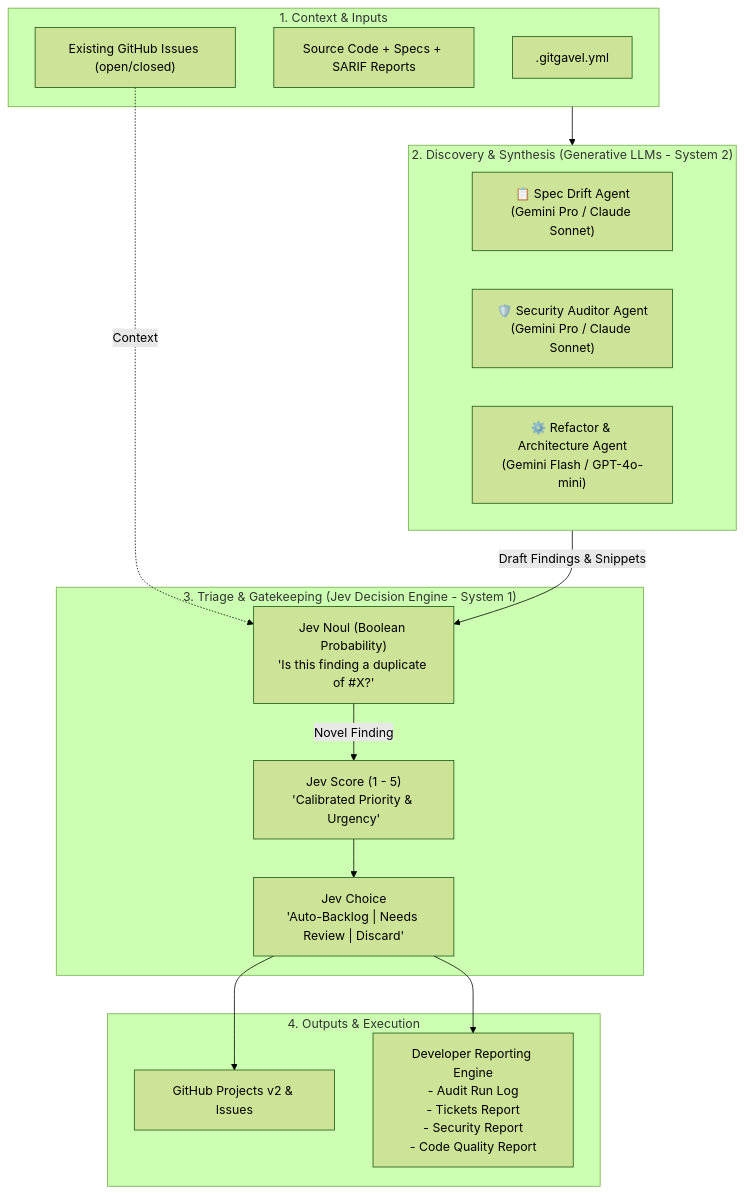
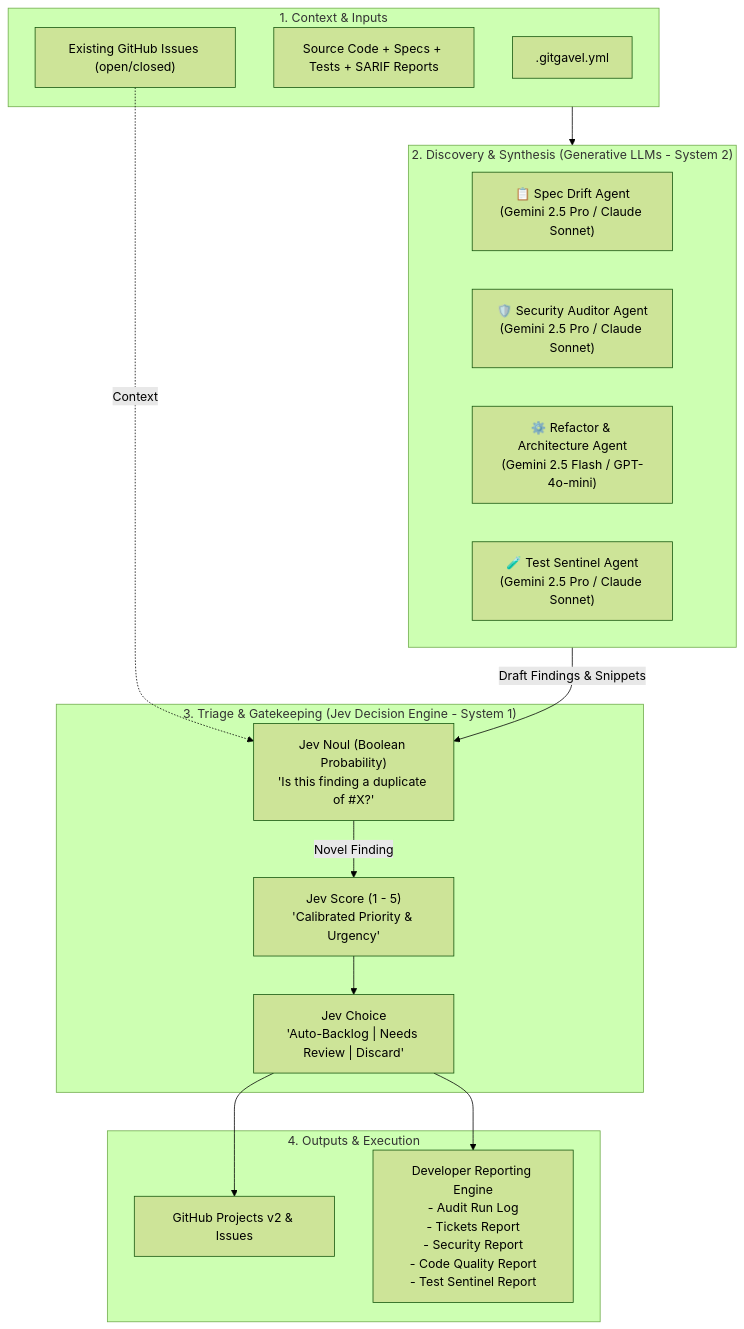
Before and after one commit to tyronebramwell/GitGavel: the diagram in SPECIFICATION.md, drawn with Mermaid (forest theme). The commit also changed other lines of this file, not shown here.

Commit message:
docs(spec): add Test Sentinel Agent specification for Unit, Integration, and E2E test auditing

````diff
--- a/SPECIFICATION.md
+++ b/SPECIFICATION.md
@@ -32,35 +33,36 @@
 ```mermaid
 flowchart TD
     subgraph Host ["1. Context & Inputs"]
         Config[".gitgavel.yml"]
-        Repo["Source Code + Specs + SARIF Reports"]
+        Repo["Source Code + Specs + Tests + SARIF Reports"]
         ExistingIssues["Existing GitHub Issues (open/closed)"]
     end
 
     subgraph System2 ["2. Discovery & Synthesis (Generative LLMs - System 2)"]
-        SpecAgent["📋 Spec Drift Agent\n(Gemini Pro / Claude Sonnet)"]
-        SecAgent["🛡️ Security Auditor Agent\n(Gemini Pro / Claude Sonnet)"]
-        RefactorAgent["⚙️ Refactor & Architecture Agent\n(Gemini Flash / GPT-4o-mini)"]
+        SpecAgent["📋 Spec Drift Agent\n(Gemini 2.5 Pro / Claude Sonnet)"]
+        SecAgent["🛡️ Security Auditor Agent\n(Gemini 2.5 Pro / Claude Sonnet)"]
+        RefactorAgent["⚙️ Refactor & Architecture Agent\n(Gemini 2.5 Flash / GPT-4o-mini)"]
+        TestAgent["🧪 Test Sentinel Agent\n(Gemini 2.5 Pro / Claude Sonnet)"]
     end
 
     subgraph System1 ["3. Triage & Gatekeeping (Jev Decision Engine - System 1)"]
         JevDedupe["Jev Noul (Boolean Probability)\n'Is this finding a duplicate of #X?'"]
         JevScore["Jev Score (1 - 5)\n'Calibrated Priority & Urgency'"]
         JevRoute["Jev Choice\n'Auto-Backlog | Needs Review | Discard'"]
         
         JevDedupe -->|Novel Finding| JevScore
         JevScore --> JevRoute
     end
 
     subgraph Targets ["4. Outputs & Execution"]
         GH_Projects["GitHub Projects v2 & Issues"]
-        ReportsEngine["Developer Reporting Engine\n- Audit Run Log\n- Tickets Report\n- Security Report\n- Code Quality Report"]
+        ReportsEngine["Developer Reporting Engine\n- Audit Run Log\n- Tickets Report\n- Security Report\n- Code Quality Report\n- Test Sentinel Report"]
     end
 
     Host --> System2
     System2 -->|Draft Findings & Snippets| JevDedupe
     ExistingIssues -.->|Context| JevDedupe
 
     JevRoute --> GH_Projects
     JevRoute --> ReportsEngine
 ```
````
